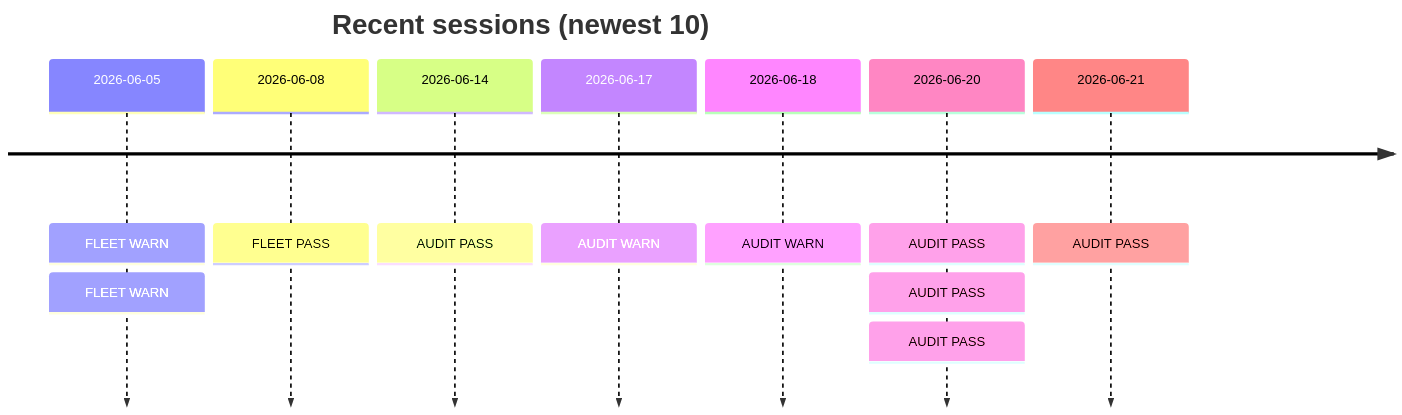
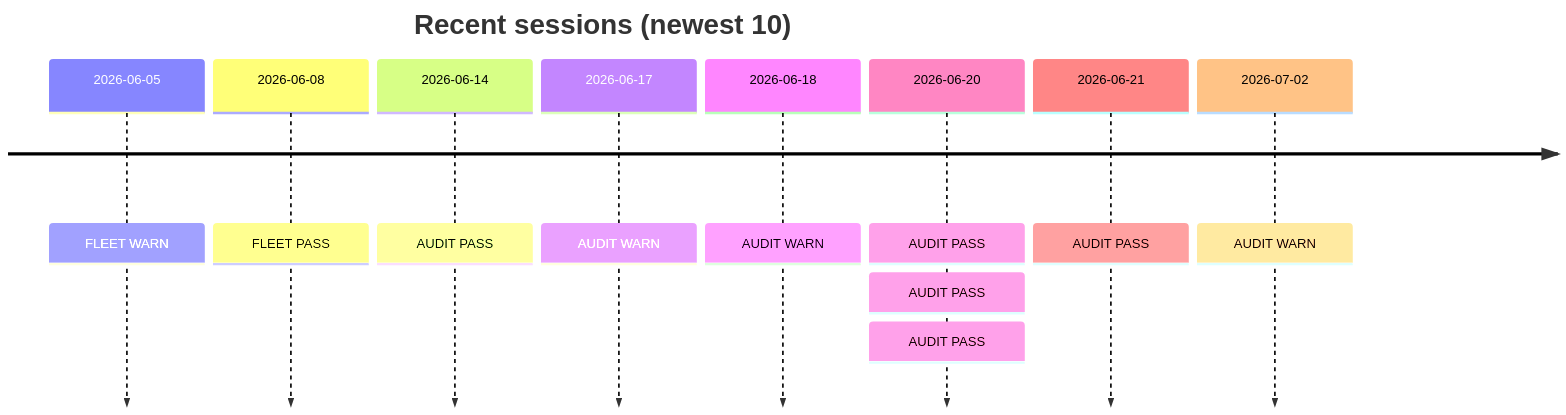
Before and after one commit to Neoptolemospapadiofantous/automation_dashboard: the diagram in docs/hermes/dashboard.md, drawn with Mermaid. The commit also changed other lines of this file and 2 other files, not shown here.

Commit message:
docs(hermes): audit session note 2026-07-02 — WARN, redirect fix applied

````diff
--- a/docs/hermes/dashboard.md
+++ b/docs/hermes/dashboard.md
@@ -15,21 +15,22 @@
 ```mermaid
 timeline
     title Recent sessions (newest 10)
     2026-06-05
-        : FLEET WARN
         : FLEET WARN
     2026-06-08
         : FLEET PASS
     2026-06-14
         : AUDIT PASS
     2026-06-17
         : AUDIT WARN
     2026-06-18
         : AUDIT WARN
     2026-06-20
         : AUDIT PASS
         : AUDIT PASS
         : AUDIT PASS
     2026-06-21
         : AUDIT PASS
+    2026-07-02
+        : AUDIT WARN
 ```
````
